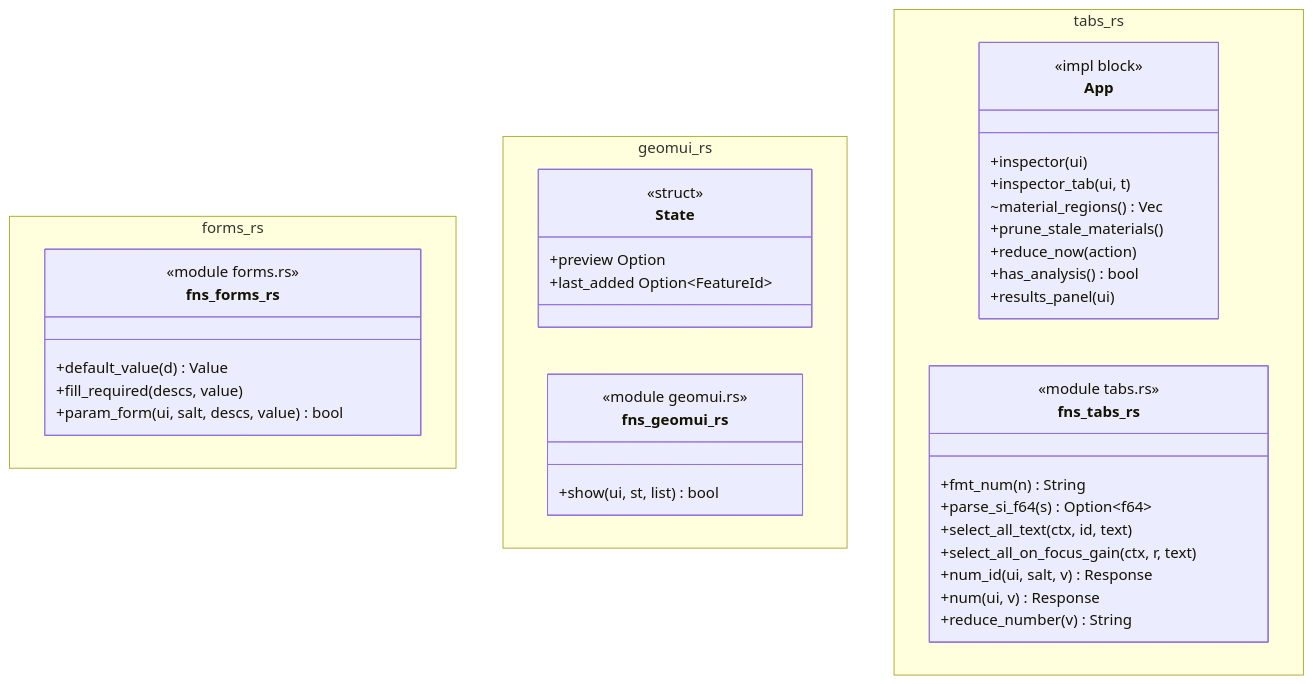
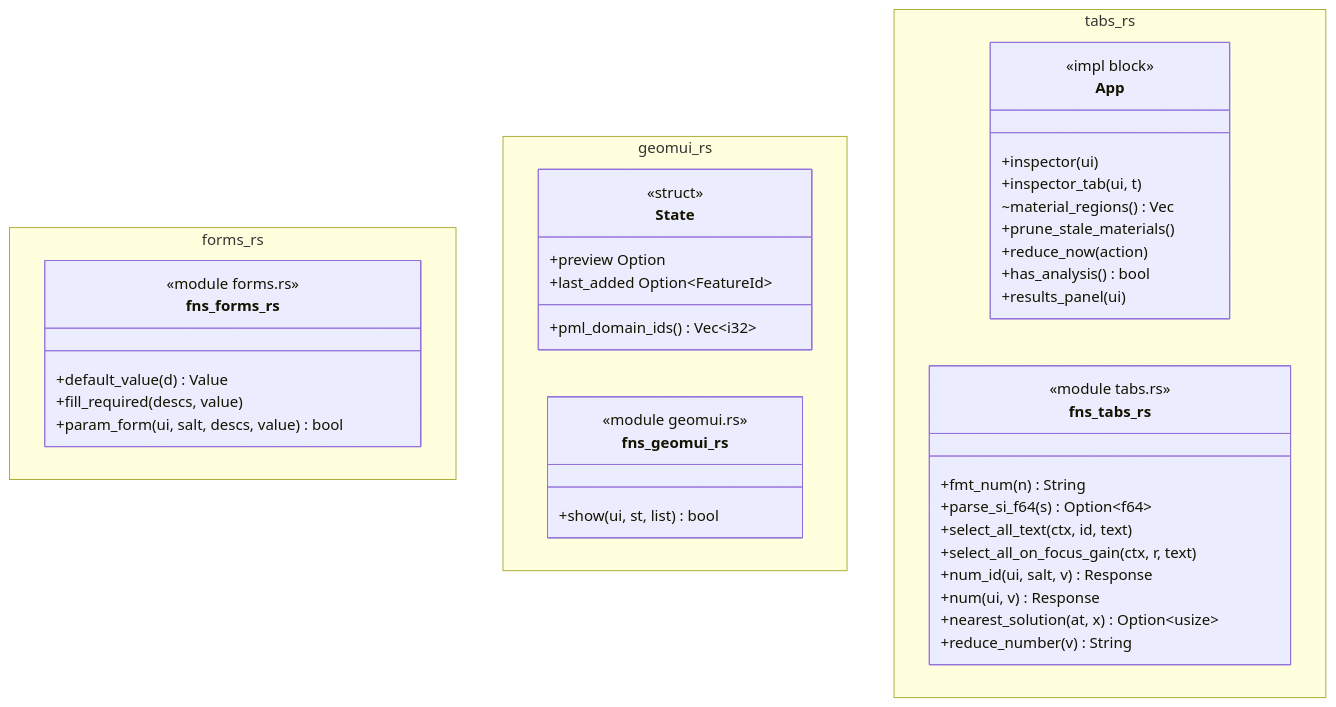
The diagram in docs/architecture/c4/4-code/app/inspector.md (p-j-r/nyx), drawn with Mermaid before and after one commit. The commit also changed other lines of this file and 110 other files, not shown here.

````diff
--- a/docs/architecture/c4/4-code/app/inspector.md
+++ b/docs/architecture/c4/4-code/app/inspector.md
@@ -38,44 +38,46 @@
 ```mermaid
 classDiagram
   namespace forms_rs {
     class fns_forms_rs {
         <<module forms.rs>>
         +default_value(d) Value
         +fill_required(descs, value)
         +param_form(ui, salt, descs, value) bool
     }
   }
   namespace geomui_rs {
     class State {
         <<struct>>
         +preview Option
         +last_added Option~FeatureId~
+        +pml_domain_ids() Vec~i32~
     }
     class fns_geomui_rs {
         <<module geomui.rs>>
         +show(ui, st, list) bool
     }
   }
   namespace tabs_rs {
     class App {
         <<impl block>>
         +inspector(ui)
         +inspector_tab(ui, t)
         ~material_regions() Vec
         +prune_stale_materials()
         +reduce_now(action)
         +has_analysis() bool
         +results_panel(ui)
     }
     class fns_tabs_rs {
         <<module tabs.rs>>
         +fmt_num(n) String
         +parse_si_f64(s) Option~f64~
         +select_all_text(ctx, id, text)
         +select_all_on_focus_gain(ctx, r, text)
         +num_id(ui, salt, v) Response
         +num(ui, v) Response
+        +nearest_solution(at, x) Option~usize~
         +reduce_number(v) String
     }
   }
 ```
````
